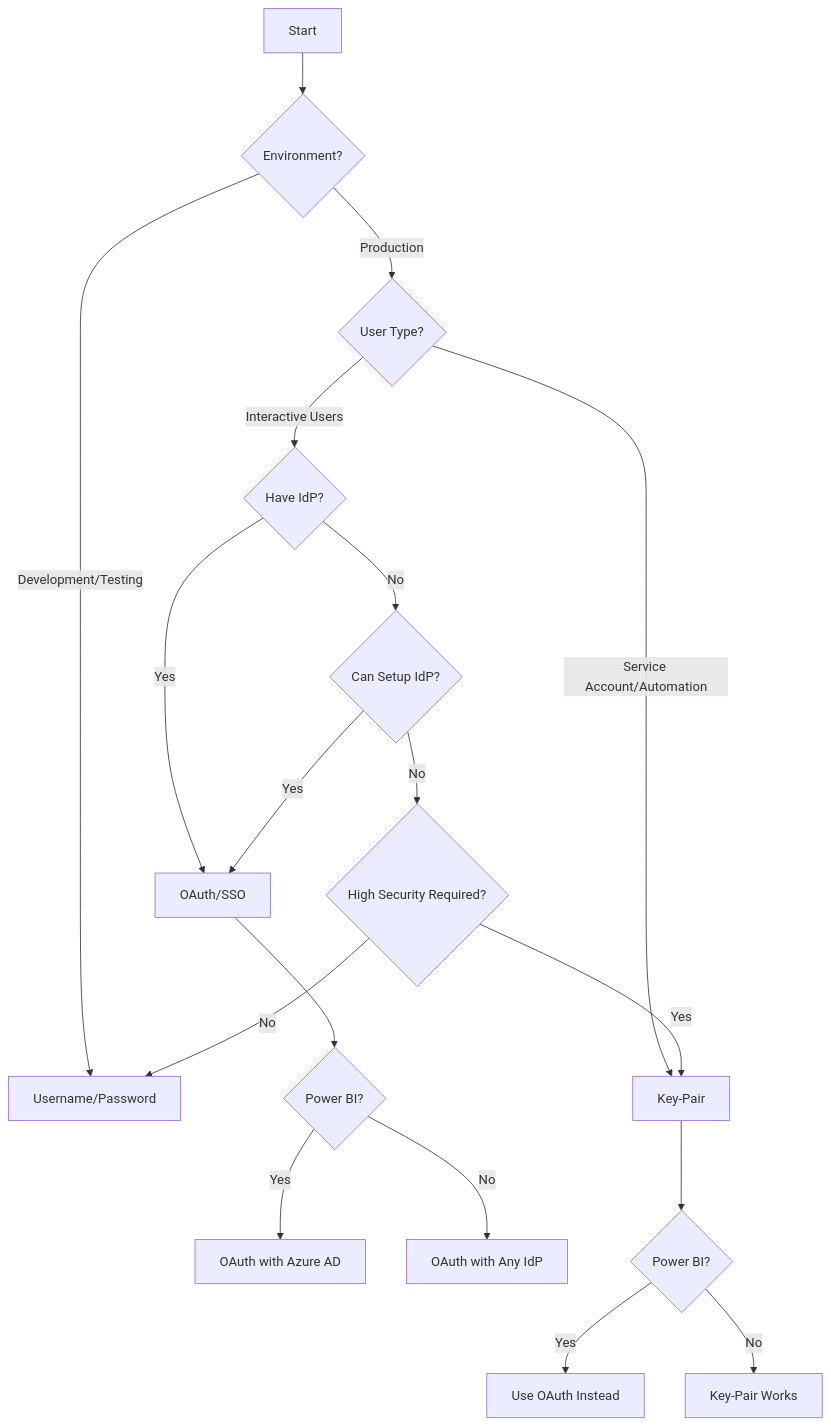
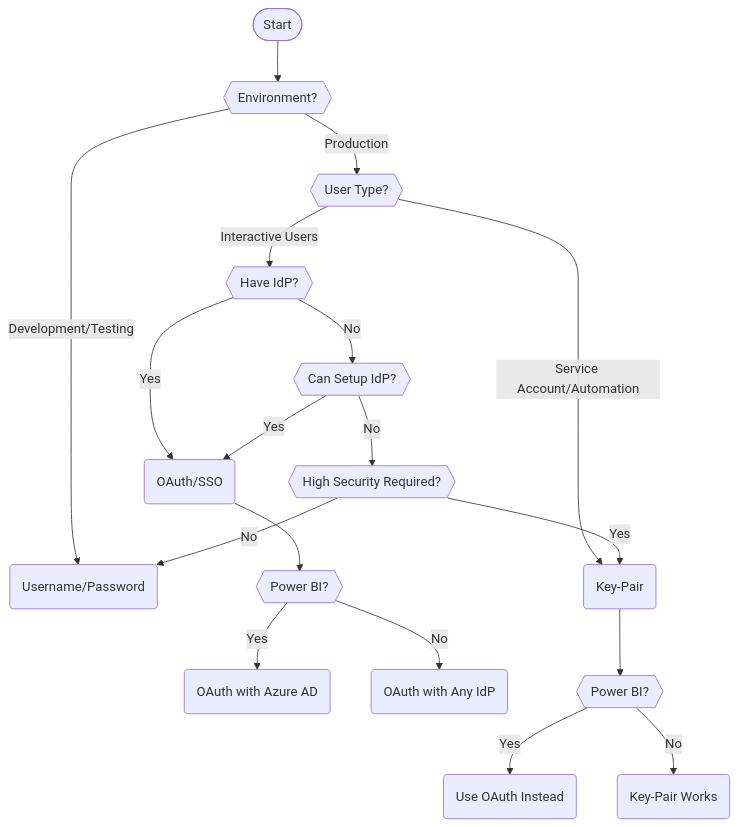
The diagram in docs/authentication/quick-reference.md (svc-bi-concepts/SnowflakeTutorials), drawn with Mermaid before and after one commit. The commit also changed other lines of this file and 35 other files, not shown here.

First line of the commit message:
Add MFA warnings and improve Mermaid diagram styling

````diff
--- a/docs/authentication/quick-reference.md
+++ b/docs/authentication/quick-reference.md
@@ -11,20 +11,20 @@
 ```mermaid
 graph TD
-    A[Start] --> B{Environment?}
-    B -->|Development/Testing| C[Username/Password]
-    B -->|Production| D{User Type?}
-    D -->|Interactive Users| E{Have IdP?}
-    D -->|Service Account/Automation| F[Key-Pair]
-    E -->|Yes| G[OAuth/SSO]
-    E -->|No| H{Can Setup IdP?}
+    A([Start]) --> B{{Environment?}}
+    B -->|Development/Testing| C(Username/Password)
+    B -->|Production| D{{User Type?}}
+    D -->|Interactive Users| E{{Have IdP?}}
+    D -->|Service Account/Automation| F(Key-Pair)
+    E -->|Yes| G(OAuth/SSO)
+    E -->|No| H{{Can Setup IdP?}}
     H -->|Yes| G
-    H -->|No| I{High Security Required?}
+    H -->|No| I{{High Security Required?}}
     I -->|Yes| F
     I -->|No| C
-    G --> J{Power BI?}
-    J -->|Yes| K[OAuth with Azure AD]
-    J -->|No| L[OAuth with Any IdP]
-    F --> M{Power BI?}
-    M -->|Yes| N[Use OAuth Instead]
-    M -->|No| O[Key-Pair Works]
+    G --> J{{Power BI?}}
+    J -->|Yes| K(OAuth with Azure AD)
+    J -->|No| L(OAuth with Any IdP)
+    F --> M{{Power BI?}}
+    M -->|Yes| N(Use OAuth Instead)
+    M -->|No| O(Key-Pair Works)
 ```
````
